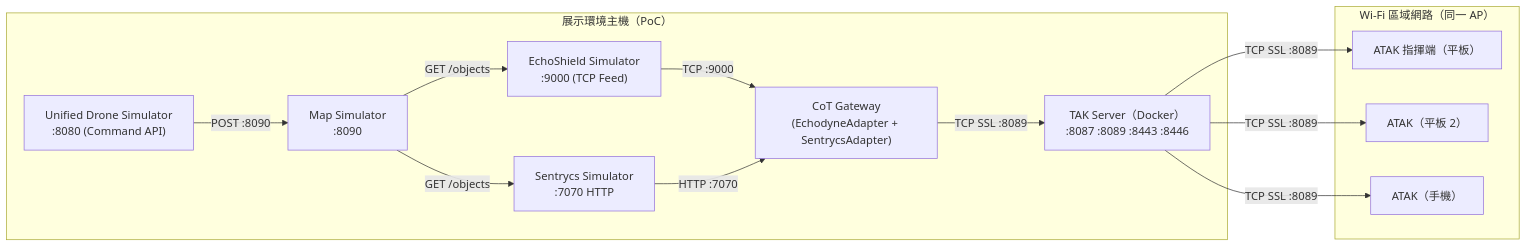
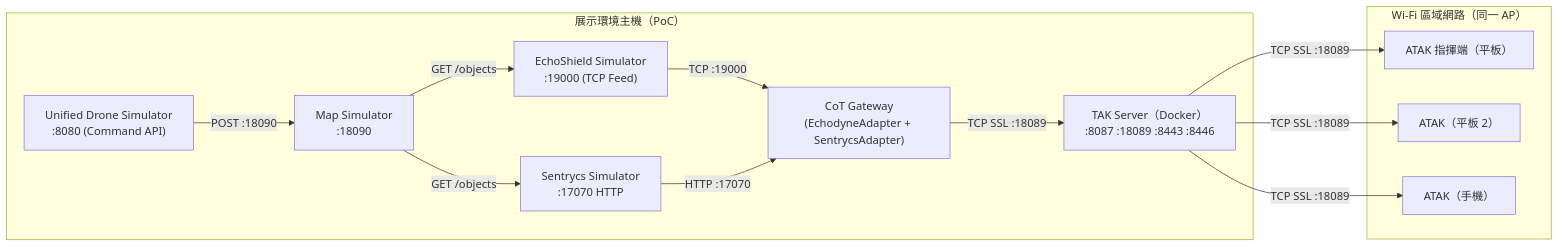
Before and after one commit to aplool-tw/cics-tak-demo: the fourth of 4 diagrams in docs/system-docs/01-system-architecture.md, drawn with Mermaid. The commit also changed other lines of this file and 123 other files, not shown here.

````diff
--- a/docs/system-docs/01-system-architecture.md
+++ b/docs/system-docs/01-system-architecture.md
@@ -291,27 +291,27 @@
 ```mermaid
 flowchart LR
     subgraph MACBOOK["展示環境主機（PoC）"]
         UDS["Unified Drone Simulator\n:8080 (Command API)"]
-        MS["Map Simulator\n:8090"]
-        ES_SIM2["EchoShield Simulator\n:9000 (TCP Feed)"]
-        SC["Sentrycs Simulator\n:7070 HTTP"]
+        MS["Map Simulator\n:18090"]
+        ES_SIM2["EchoShield Simulator\n:19000 (TCP Feed)"]
+        SC["Sentrycs Simulator\n:17070 HTTP"]
         GW["CoT Gateway\n(EchodyneAdapter + SentrycsAdapter)"]
-        TAKSVR["TAK Server（Docker）\n:8087 :8089 :8443 :8446"]
+        TAKSVR["TAK Server（Docker）\n:8087 :18089 :8443 :8446"]
     end
 
     subgraph WIFI["Wi-Fi 區域網路（同一 AP）"]
         AT_C["ATAK 指揮端（平板）"]
         AT_T["ATAK（平板 2）"]
         AP["ATAK（手機）"]
     end
 
-    UDS -->|"POST :8090"| MS
+    UDS -->|"POST :18090"| MS
     MS -->|"GET /objects"| ES_SIM2
     MS -->|"GET /objects"| SC
-    ES_SIM2 -->|"TCP :9000"| GW
-    SC -->|"HTTP :7070"| GW
-    GW -->|"TCP SSL :8089"| TAKSVR
-    TAKSVR -->|"TCP SSL :8089\n<HOST-LAN-IP>"| AT_C
-    TAKSVR -->|"TCP SSL :8089\n<HOST-LAN-IP>"| AT_T
-    TAKSVR -->|"TCP SSL :8089\n<HOST-LAN-IP>"| AP
+    ES_SIM2 -->|"TCP :19000"| GW
+    SC -->|"HTTP :17070"| GW
+    GW -->|"TCP SSL :18089"| TAKSVR
+    TAKSVR -->|"TCP SSL :18089\n<HOST-LAN-IP>"| AT_C
+    TAKSVR -->|"TCP SSL :18089\n<HOST-LAN-IP>"| AT_T
+    TAKSVR -->|"TCP SSL :18089\n<HOST-LAN-IP>"| AP
 ```
````
